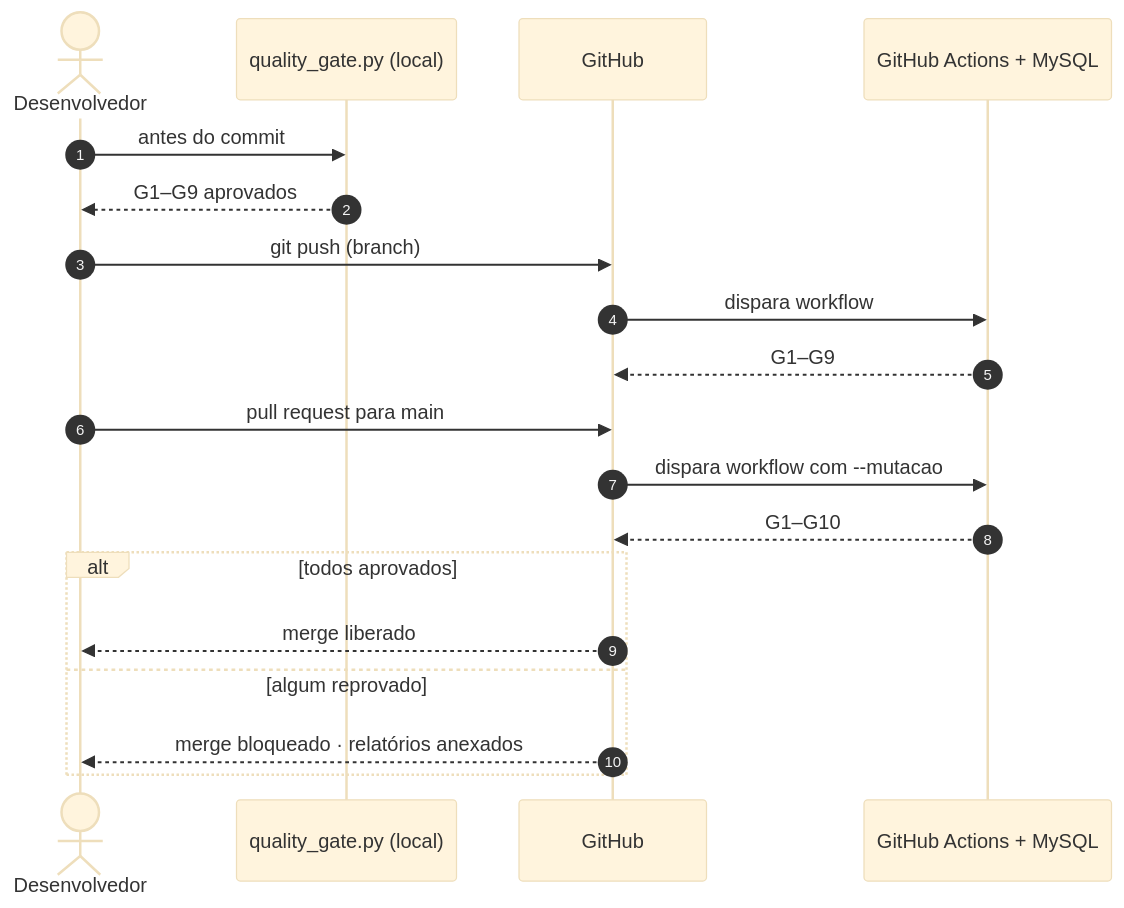
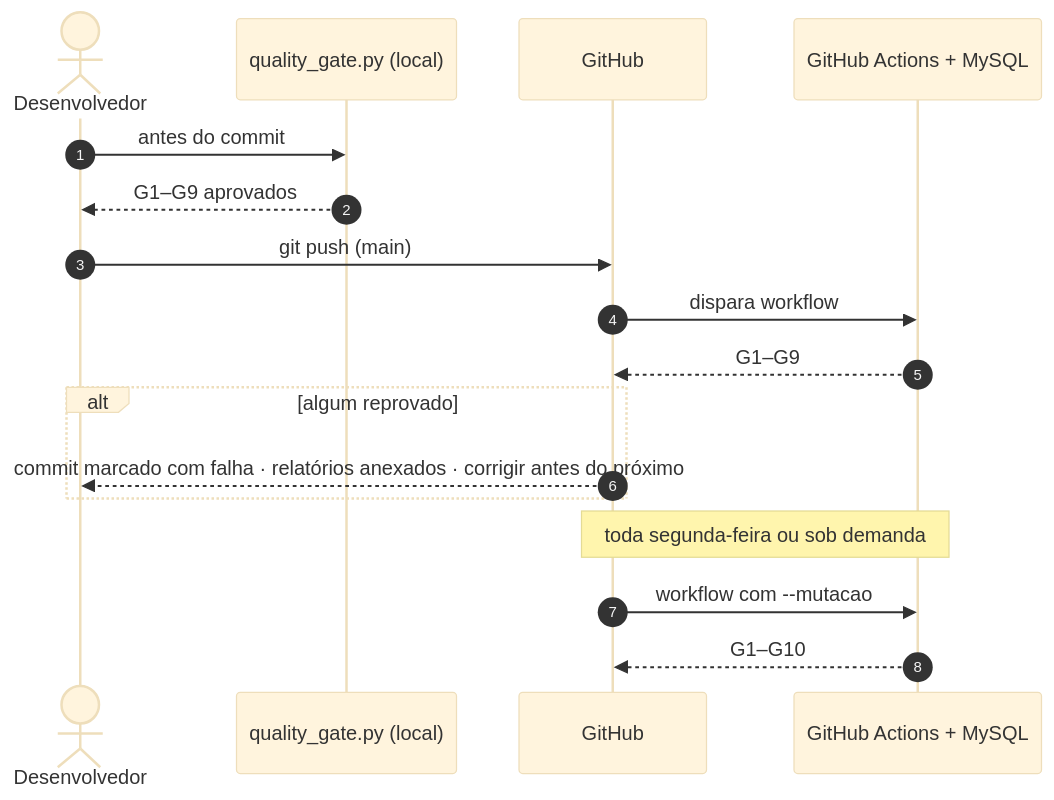
One commit to guilhermercmoraes-tech/PI2_Sprint2-Grupo-1-UFT changed diagram 43 of 45 in docs/REQUISITOS_UML.md. Above: the diagram before and after it, drawn with Mermaid (base theme). The commit also changed other lines of this file and 23 other files, not shown here.

````diff
--- a/docs/REQUISITOS_UML.md
+++ b/docs/REQUISITOS_UML.md
@@ -1523,21 +1528,19 @@
 ```mermaid
 sequenceDiagram
     autonumber
     actor D as Desenvolvedor
     participant L as quality_gate.py (local)
     participant G as GitHub
     participant CI as GitHub Actions + MySQL
     D->>L: antes do commit
     L-->>D: G1–G9 aprovados
-    D->>G: git push (branch)
+    D->>G: git push (main)
     G->>CI: dispara workflow
     CI-->>G: G1–G9
-    D->>G: pull request para main
-    G->>CI: dispara workflow com --mutacao
+    alt algum reprovado
+        G-->>D: commit marcado com falha · relatórios anexados · corrigir antes do próximo
+    end
+    Note over G,CI: toda segunda-feira ou sob demanda
+    G->>CI: workflow com --mutacao
     CI-->>G: G1–G10
-    alt todos aprovados
-        G-->>D: merge liberado
-    else algum reprovado
-        G-->>D: merge bloqueado · relatórios anexados
-    end
 ```
````
